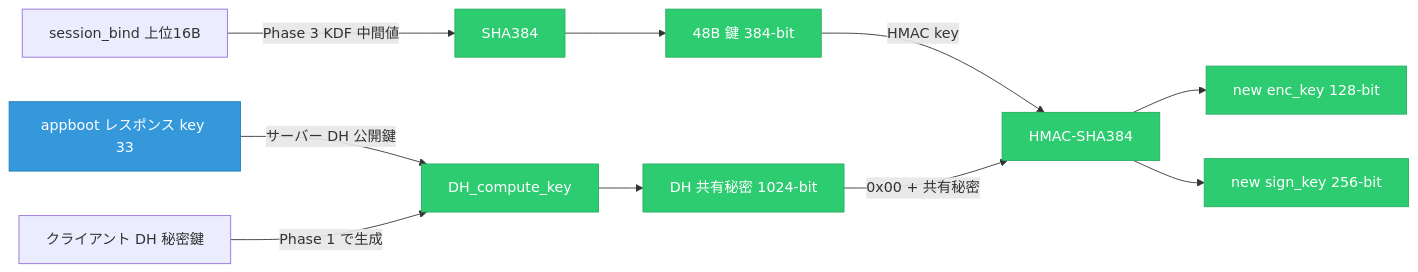
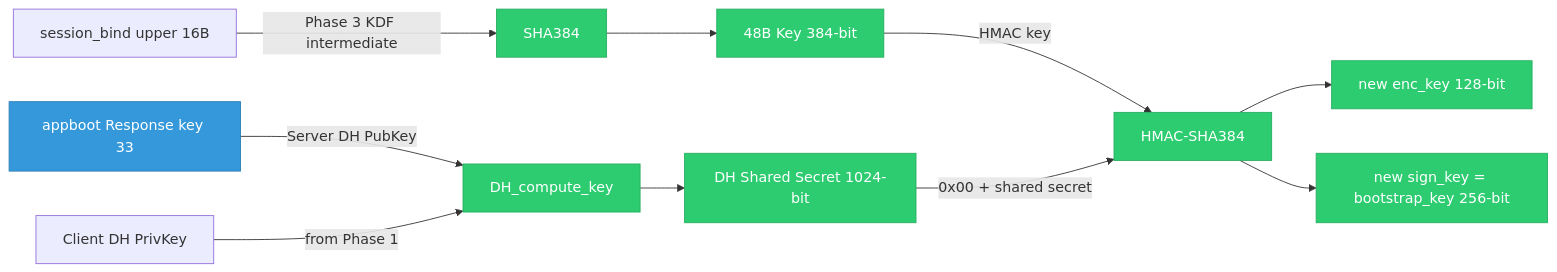
The third of 9 diagrams in docs/spec/msl_key_relationship.md (qtmleap/revkit), drawn with Mermaid before and after one commit. The commit also changed other lines of this file, not shown here.

First line of the commit message:
docs(spec): Mermaid 図のラベルを全て英語に変更

````diff
--- a/docs/spec/msl_key_relationship.md
+++ b/docs/spec/msl_key_relationship.md
@@ -59,21 +59,21 @@
 ```mermaid
 graph LR
-    DH_RESP["appboot レスポンス key 33"] -->|サーバー DH 公開鍵| DH_COMPUTE["DH_compute_key"]
-    DH_PRIV["クライアント DH 秘密鍵"] -->|Phase 1 で生成| DH_COMPUTE
-    DH_COMPUTE --> DH_SHARED["DH 共有秘密 1024-bit"]
-    SB_IN["session_bind 上位16B"] -->|Phase 3 KDF 中間値| SHA384_OP["SHA384"]
-    SHA384_OP --> KEY48["48B 鍵 384-bit"]
+    DH_RESP["appboot Response key 33"] -->|Server DH PubKey| DH_COMPUTE["DH_compute_key"]
+    DH_PRIV["Client DH PrivKey"] -->|from Phase 1| DH_COMPUTE
+    DH_COMPUTE --> DH_SHARED["DH Shared Secret 1024-bit"]
+    SB_IN["session_bind upper 16B"] -->|Phase 3 KDF intermediate| SHA384_OP["SHA384"]
+    SHA384_OP --> KEY48["48B Key 384-bit"]
     KEY48 -->|HMAC key| PHASE2_KDF["HMAC-SHA384"]
-    DH_SHARED -->|0x00 + 共有秘密| PHASE2_KDF
+    DH_SHARED -->|0x00 + shared secret| PHASE2_KDF
     PHASE2_KDF --> NEW_ENC["new enc_key 128-bit"]
-    PHASE2_KDF --> NEW_SIGN["new sign_key 256-bit"]
+    PHASE2_KDF --> NEW_SIGN["new sign_key = bootstrap_key 256-bit"]
 
     style DH_RESP fill:#3498db,stroke:#2980b9,color:#fff
     style DH_COMPUTE fill:#2ecc71,stroke:#27ae60,color:#fff
     style DH_SHARED fill:#2ecc71,stroke:#27ae60,color:#fff
     style SHA384_OP fill:#2ecc71,stroke:#27ae60,color:#fff
     style KEY48 fill:#2ecc71,stroke:#27ae60,color:#fff
     style PHASE2_KDF fill:#2ecc71,stroke:#27ae60,color:#fff
     style NEW_ENC fill:#2ecc71,stroke:#27ae60,color:#fff
     style NEW_SIGN fill:#2ecc71,stroke:#27ae60,color:#fff
 ```
````
